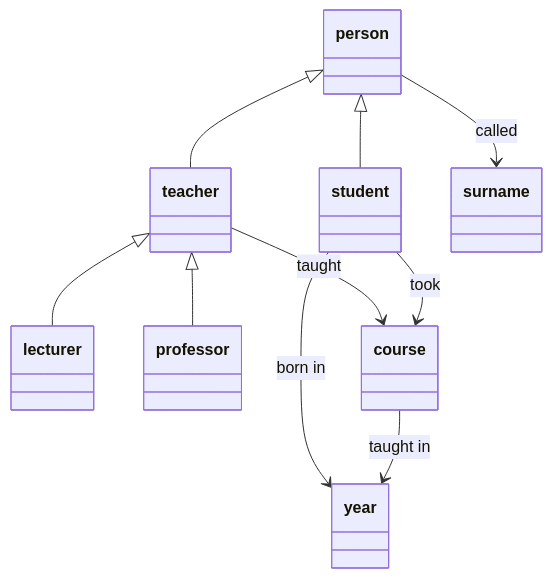
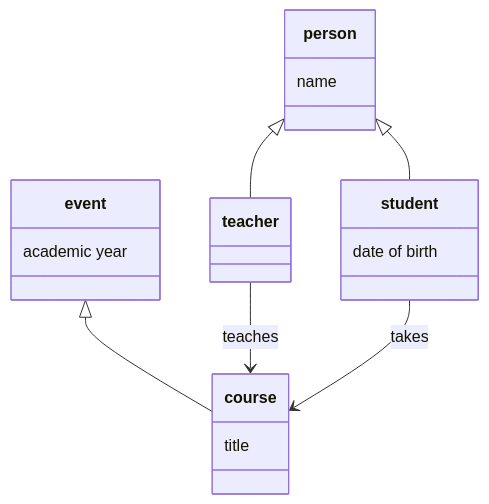
The first of 4 diagrams in d/data_model.md (conmaol/maglocunus), drawn with Mermaid before and after one commit. The commit also changed other lines of this file, not shown here.

````diff
--- a/d/data_model.md
+++ b/d/data_model.md
@@ -31,12 +27,16 @@
 ```mermaid
 classDiagram
     person <|-- student
     person <|-- teacher
-    person --> surname : called
-    teacher <|-- lecturer
-    teacher <|-- professor
-    student --> year : born in
-    course --> year : taught in
-    teacher --> course : taught
-    student --> course : took
+    class person { name }
+    class student { date of birth }
+    event <|-- course
+    class event {
+        academic year
+    }
+    class course {
+        title
+    }
+    teacher --> course : teaches
+    student --> course : takes
 ```
````
